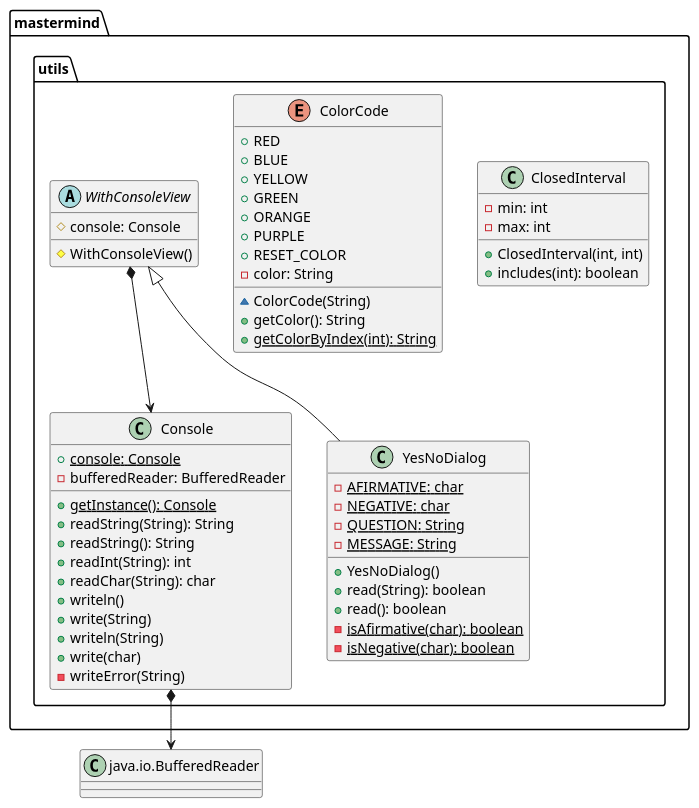
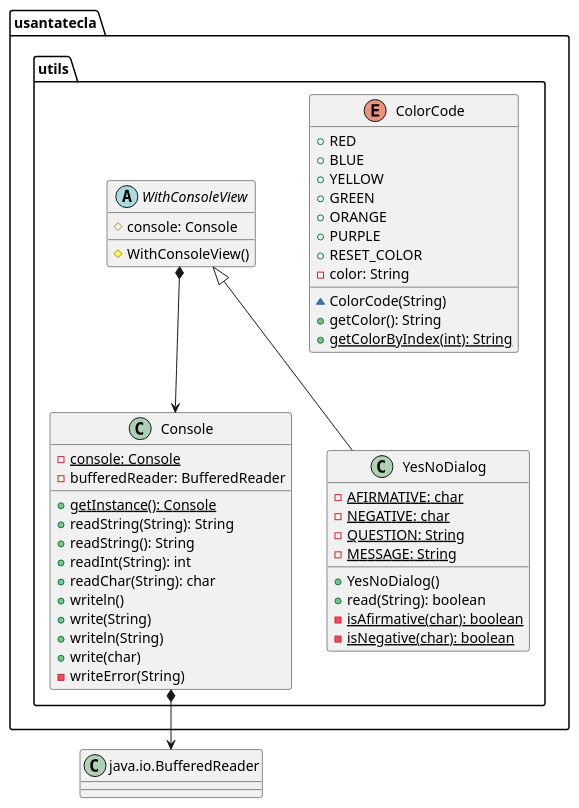
The sixth of 6 diagrams in documentView/withoutFactoryMethod/docs/diagrams/src/paquetes.plantuml (SantaTecla-mastermind/solution.java.swing.socket.sql), drawn with PlantUML before and after one commit. The commit also changed other lines of this file and 15 other files, not shown here.

Commit message:
README dv.withoutFactory - Falta solo paquete graphics. Refactorizado nombre paquetes con 'usantatecla'.

```diff
--- a/documentView/withoutFactoryMethod/docs/diagrams/src/paquetes.plantuml
+++ b/documentView/withoutFactoryMethod/docs/diagrams/src/paquetes.plantuml
@@ -146,59 +269,51 @@
-@startuml mastermind.utils
+@startuml usantatecla.utils
 class BufferedReader as "java.io.BufferedReader"{}
 
-class  mastermind.utils.ClosedInterval{
-- min: int
-- max: int
-+ ClosedInterval(int, int)
-+ includes(int): boolean
-}
-
-enum mastermind.utils.ColorCode{
+enum usantatecla.utils.ColorCode{
 + RED
 + BLUE
 + YELLOW
 + GREEN
 + ORANGE
 + PURPLE
 + RESET_COLOR
 - color: String
 ~ ColorCode(String)
 + getColor(): String
 + {static} getColorByIndex(int): String
 }
 
-class  mastermind.utils.Console{
-+ {static} console: Console
+class usantatecla.utils.Console{
+- {static} console: Console
 - bufferedReader: BufferedReader
 + {static} getInstance(): Console
 + readString(String): String
 + readString(): String
 + readInt(String): int
 + readChar(String): char
 + writeln()
 + write(String)
 + writeln(String)
 + write(char)
 - writeError(String)
 }
-mastermind.utils.Console *-down-> BufferedReader
+usantatecla.utils.Console *-down-> BufferedReader
 
-abstract class mastermind.utils.WithConsoleView{
+abstract class usantatecla.utils.WithConsoleView{
 # console: Console
 # WithConsoleView()
 }
-mastermind.utils.WithConsoleView *-down-> mastermind.utils.Console
+usantatecla.utils.WithConsoleView *-down-> usantatecla.utils.Console
 
-class  mastermind.utils.YesNoDialog{
+class  usantatecla.utils.YesNoDialog{
 - {static} AFIRMATIVE: char
 - {static} NEGATIVE: char
 - {static} QUESTION: String
 - {static} MESSAGE: String
 + YesNoDialog()
 + read(String): boolean
-+ read(): boolean
 - {static} isAfirmative(char): boolean
 - {static} isNegative(char): boolean
 }
-mastermind.utils.WithConsoleView <|-down- mastermind.utils.YesNoDialog
+usantatecla.utils.WithConsoleView <|-down- usantatecla.utils.YesNoDialog
 @enduml
```
